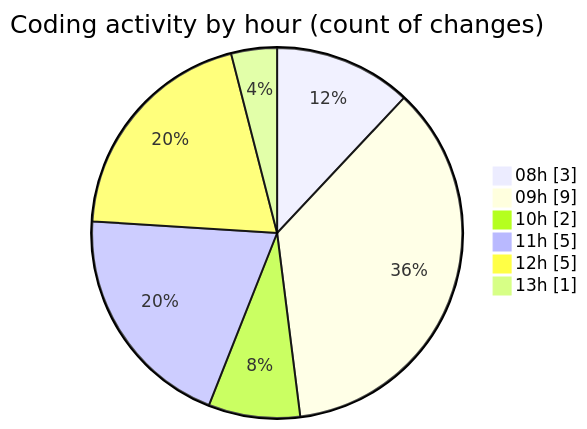
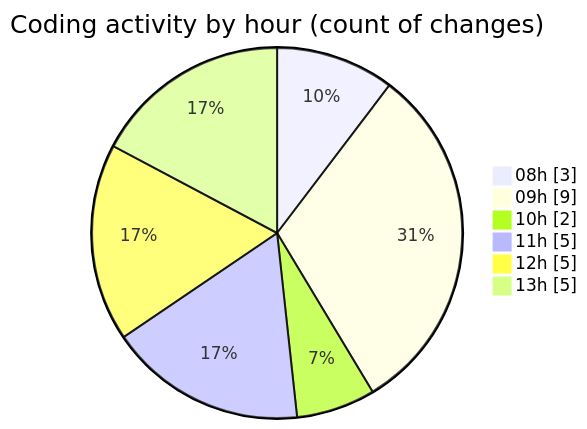
Before and after one commit to Elitesun/code-tracking: the second of 2 diagrams in 2025-05-13/niten/README.md, drawn with Mermaid. The commit also changed other lines of this file and 1 other file, not shown here.

````diff
--- a/2025-05-13/niten/README.md
+++ b/2025-05-13/niten/README.md
@@ -38,10 +39,10 @@
 ```mermaid
 pie showData
 title Coding activity by hour (count of changes)
 "08h" : 3
 "09h" : 9
 "10h" : 2
 "11h" : 5
 "12h" : 5
-"13h" : 1
+"13h" : 5
 ```
````
